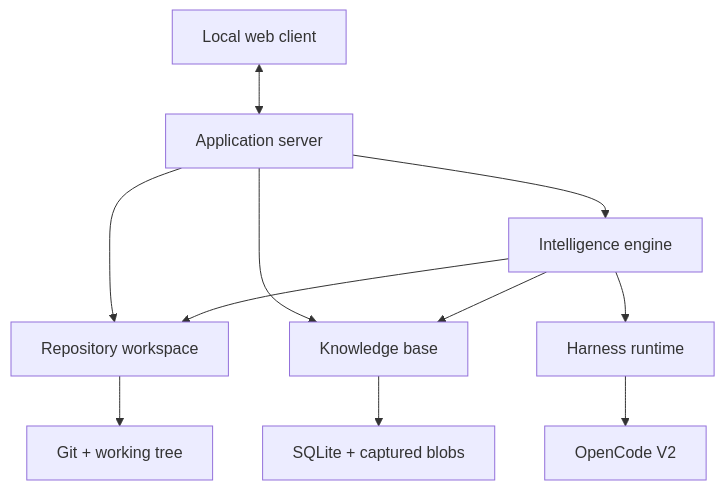
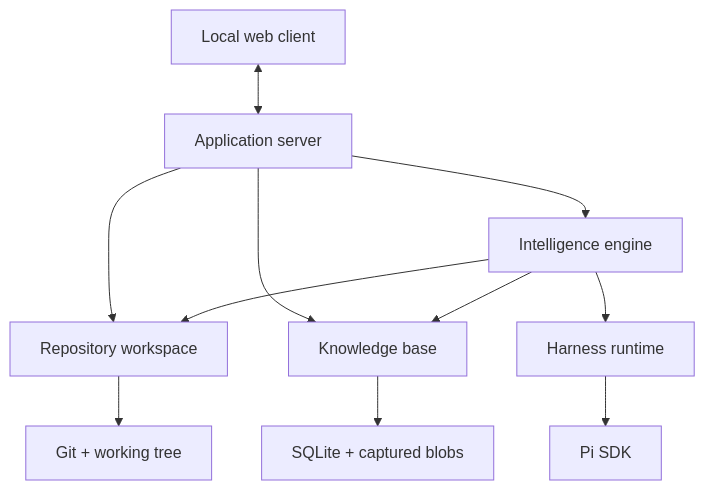
Before and after one commit to nicolasLuduena/know-the-map: the diagram in docs/architecture/PROPOSED_ARCHITECTURE.md, drawn with Mermaid. The commit also changed other lines of this file and 3 other files, not shown here.

````diff
--- a/docs/architecture/PROPOSED_ARCHITECTURE.md
+++ b/docs/architecture/PROPOSED_ARCHITECTURE.md
@@ -101,23 +102,23 @@
 ```mermaid
 flowchart TD
     UI["Local web client"]
     API["Application server"]
     REPO["Repository workspace"]
     KNOW["Knowledge base"]
     INTEL["Intelligence engine"]
     HARNESS["Harness runtime"]
-    OC["OpenCode V2"]
+    PI["Pi SDK"]
     GIT["Git + working tree"]
     DB["SQLite + captured blobs"]
 
     UI <--> API
     API --> REPO
     API --> KNOW
     API --> INTEL
     INTEL --> REPO
     INTEL --> KNOW
     INTEL --> HARNESS
-    HARNESS --> OC
+    HARNESS --> PI
     REPO --> GIT
     KNOW --> DB
 ```
````
